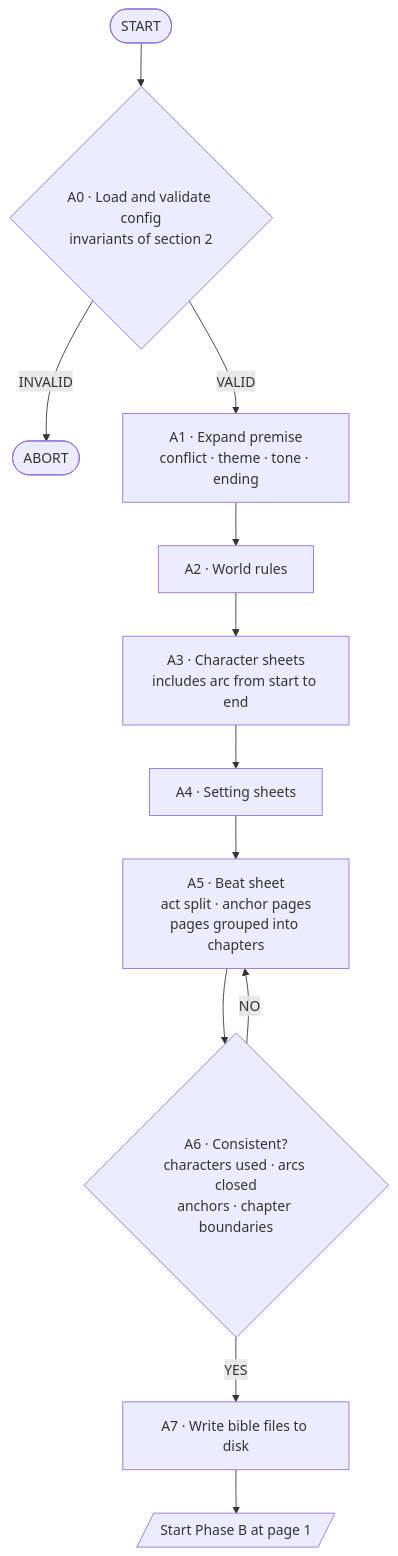
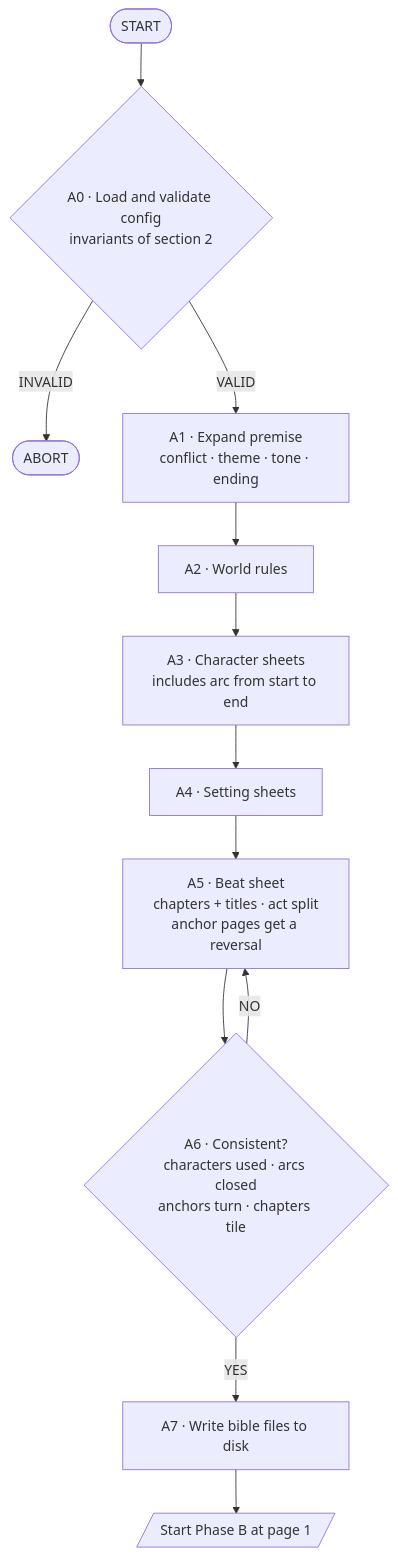
One commit to Asieribarz/my-story-marker changed the first of 4 diagrams in functional_specification_story_agent.md. Above: the diagram before and after it, drawn with Mermaid. The commit also changed other lines of this file and 2 other files, not shown here.

````diff
--- a/functional_specification_story_agent.md
+++ b/functional_specification_story_agent.md
@@ -122,14 +135,14 @@
 ```mermaid
 flowchart TD
     INI([START]) --> A0{"A0 · Load and validate config<br/>invariants of section 2"}
     A0 -- INVALID --> ABORT([ABORT])
     A0 -- VALID --> A1["A1 · Expand premise<br/>conflict · theme · tone · ending"]
     A1 --> A2["A2 · World rules"]
     A2 --> A3["A3 · Character sheets<br/>includes arc from start to end"]
     A3 --> A4["A4 · Setting sheets"]
-    A4 --> A5["A5 · Beat sheet<br/>act split · anchor pages<br/>pages grouped into chapters"]
-    A5 --> A6{"A6 · Consistent?<br/>characters used · arcs closed<br/>anchors · chapter boundaries"}
+    A4 --> A5["A5 · Beat sheet<br/>chapters + titles · act split<br/>anchor pages get a reversal"]
+    A5 --> A6{"A6 · Consistent?<br/>characters used · arcs closed<br/>anchors turn · chapters tile"}
     A6 -- NO --> A5
     A6 -- YES --> A7["A7 · Write bible files to disk"]
     A7 --> FB[/"Start Phase B at page 1"/]
 ```
````
